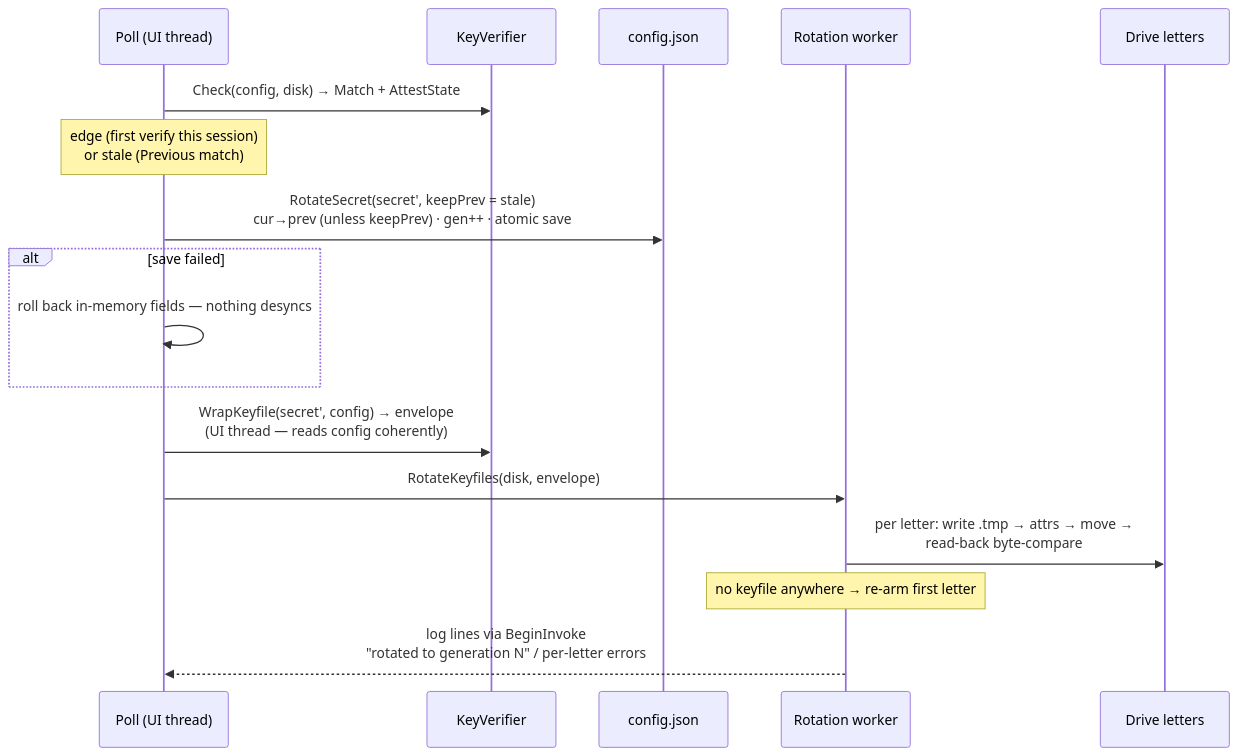
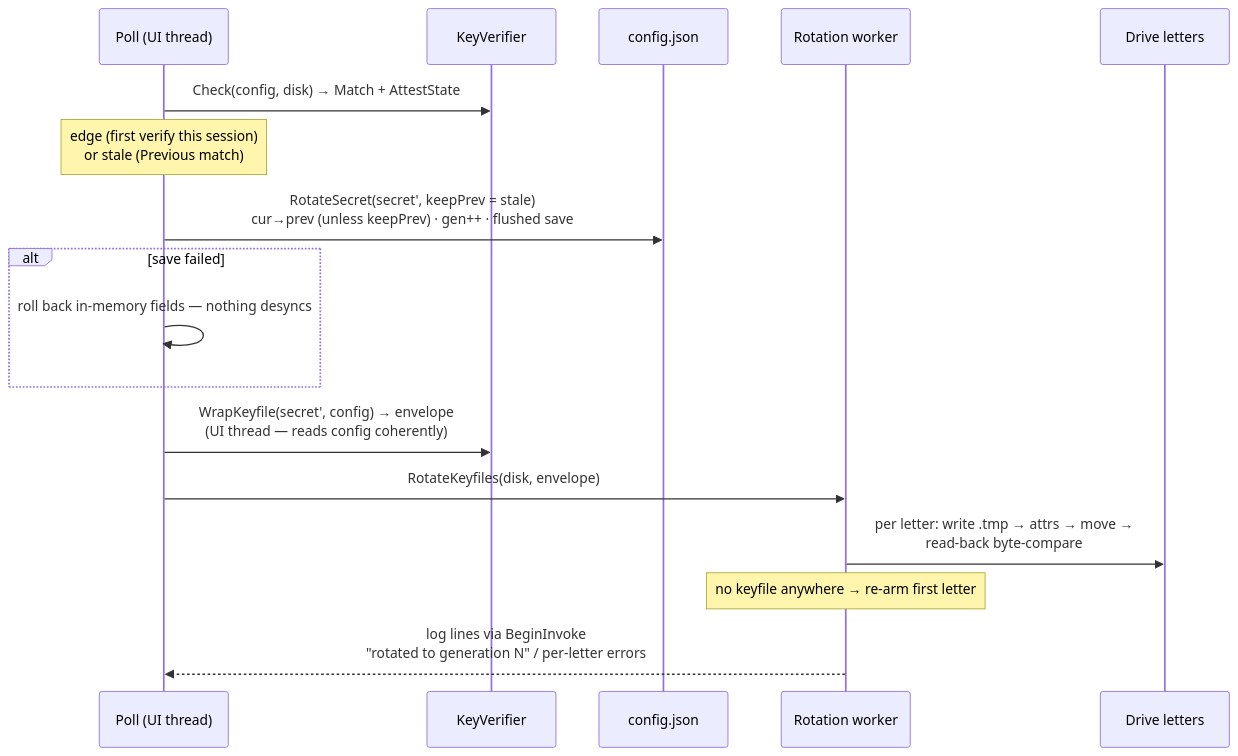
The fifth of 6 diagrams in docs/lifecycle.md (Alby2007/CryptoKey), drawn with Mermaid before and after one commit. The commit also changed 16 other files, not shown here.

````diff
--- a/docs/lifecycle.md
+++ b/docs/lifecycle.md
@@ -136,20 +136,20 @@
 ```mermaid
 sequenceDiagram
     participant P as Poll (UI thread)
     participant KV as KeyVerifier
     participant CFG as config.json
     participant W as Rotation worker
     participant DR as Drive letters
 
     P->>KV: Check(config, disk) → Match + AttestState
     Note over P: edge (first verify this session)<br/>or stale (Previous match)
-    P->>CFG: RotateSecret(secret', keepPrev = stale)<br/>cur→prev (unless keepPrev) · gen++ · atomic save
+    P->>CFG: RotateSecret(secret', keepPrev = stale)<br/>cur→prev (unless keepPrev) · gen++ · flushed save
     alt save failed
         P->>P: roll back in-memory fields — nothing desyncs
     end
     P->>KV: WrapKeyfile(secret', config) → envelope<br/>(UI thread — reads config coherently)
     P->>W: RotateKeyfiles(disk, envelope)
     W->>DR: per letter: write .tmp → attrs → move →<br/>read-back byte-compare
     Note over W: no keyfile anywhere → re-arm first letter
     W-->>P: log lines via BeginInvoke<br/>"rotated to generation N" / per-letter errors
 ```
````
